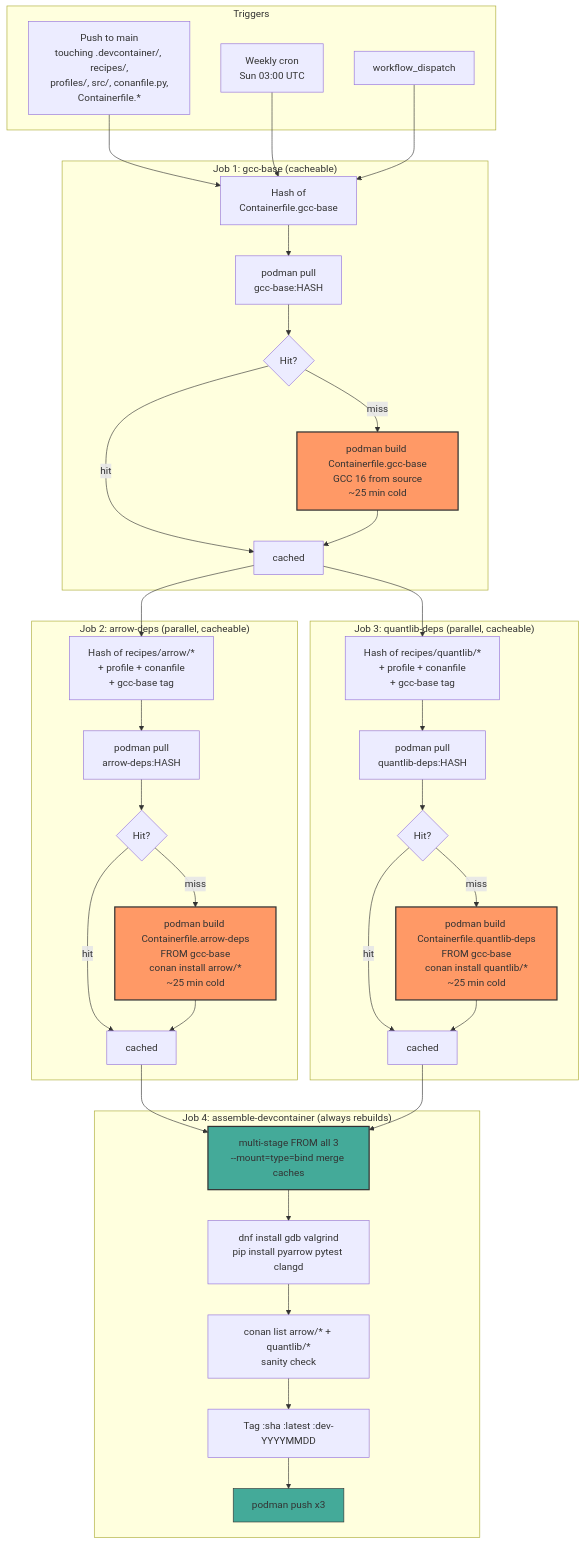
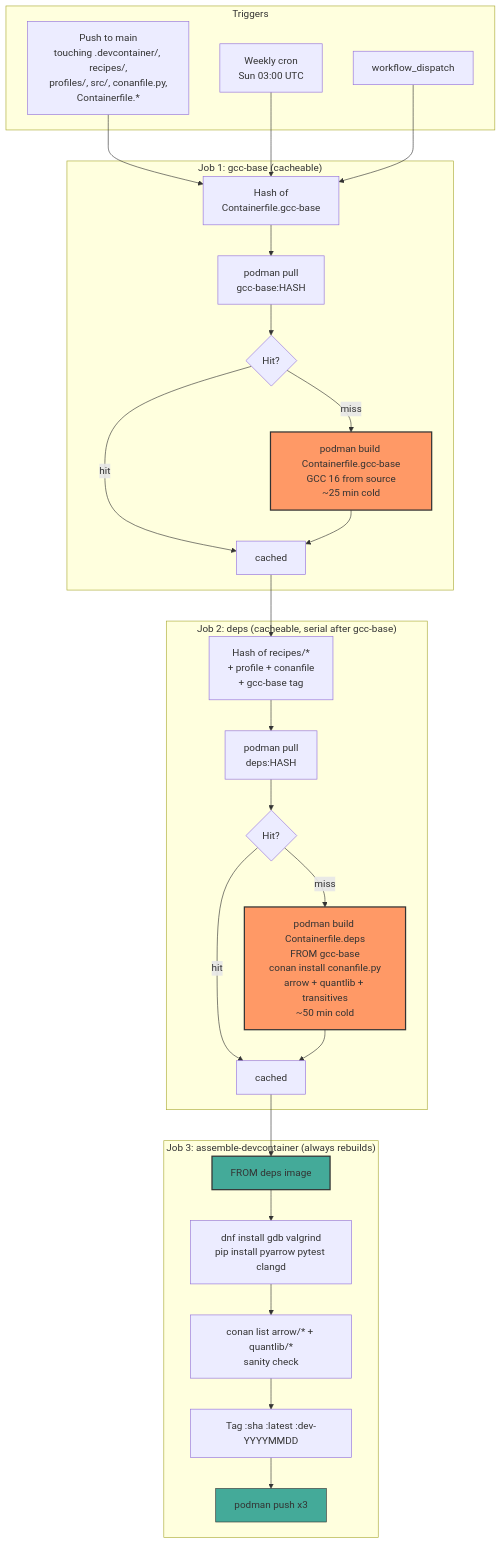
One commit to arekglinka/lambda_cpp26 changed the seventh of 8 diagrams in docs/architecture.md. Above: the diagram before and after it, drawn with Mermaid. The commit also changed other lines of this file and 6 other files, not shown here.

First line of the commit message:
fix(ci): replace parallel arrow+quantlib split with serial deps job

````diff
--- a/docs/architecture.md
+++ b/docs/architecture.md
@@ -269,66 +269,52 @@
 ```mermaid
 graph TB
     subgraph "Triggers"
         PUSH[Push to main<br/>touching .devcontainer/, recipes/,<br/>profiles/, src/, conanfile.py,<br/>Containerfile.*]
         CRON[Weekly cron<br/>Sun 03:00 UTC]
         MANUAL[workflow_dispatch]
     end
     
     subgraph "Job 1: gcc-base (cacheable)"
         GH[Hash of<br/>Containerfile.gcc-base]
         GPULL[podman pull<br/>gcc-base:HASH]
         GSKIP{Hit?}
         GBUILD[podman build Containerfile.gcc-base<br/>GCC 16 from source<br/>~25 min cold]
         
         GH --> GPULL --> GSKIP
         GSKIP -->|hit| GDONE[cached]
         GSKIP -->|miss| GBUILD --> GDONE
     end
     
-    subgraph "Job 2: arrow-deps (parallel, cacheable)"
-        AH[Hash of recipes/arrow/*<br/>+ profile + conanfile<br/>+ gcc-base tag]
-        APULL[podman pull<br/>arrow-deps:HASH]
-        ASKIP{Hit?}
-        ABUILD[podman build Containerfile.arrow-deps<br/>FROM gcc-base<br/>conan install arrow/*<br/>~25 min cold]
+    subgraph "Job 2: deps (cacheable, serial after gcc-base)"
+        DH[Hash of recipes/*<br/>+ profile + conanfile<br/>+ gcc-base tag]
+        DPULL[podman pull<br/>deps:HASH]
+        DSKIP{Hit?}
+        DBUILD[podman build Containerfile.deps<br/>FROM gcc-base<br/>conan install conanfile.py<br/>arrow + quantlib + transitives<br/>~50 min cold]
         
-        AH --> APULL --> ASKIP
-        ASKIP -->|hit| ADONE[cached]
-        ASKIP -->|miss| ABUILD --> ADONE
+        DH --> DPULL --> DSKIP
+        DSKIP -->|hit| DDONE[cached]
+        DSKIP -->|miss| DBUILD --> DDONE
     end
     
-    subgraph "Job 3: quantlib-deps (parallel, cacheable)"
-        QH[Hash of recipes/quantlib/*<br/>+ profile + conanfile<br/>+ gcc-base tag]
-        QPULL[podman pull<br/>quantlib-deps:HASH]
-        QSKIP{Hit?}
-        QBUILD[podman build Containerfile.quantlib-deps<br/>FROM gcc-base<br/>conan install quantlib/*<br/>~25 min cold]
-        
-        QH --> QPULL --> QSKIP
-        QSKIP -->|hit| QDONE[cached]
-        QSKIP -->|miss| QBUILD --> QDONE
-    end
-    
-    subgraph "Job 4: assemble-devcontainer (always rebuilds)"
-        ASMULTI[multi-stage FROM all 3<br/>--mount=type=bind merge caches]
+    subgraph "Job 3: assemble-devcontainer (always rebuilds)"
+        AFROM[FROM deps image]
         ATOOLS[dnf install gdb valgrind<br/>pip install pyarrow pytest clangd]
         ACHECK[conan list arrow/* + quantlib/*<br/>sanity check]
         ATAGS[Tag :sha :latest :dev-YYYYMMDD]
         APUSH[podman push x3]
         
-        ASMULTI --> ATOOLS --> ACHECK --> ATAGS --> APUSH
+        AFROM --> ATOOLS --> ACHECK --> ATAGS --> APUSH
     end
     
     PUSH --> GH
     CRON --> GH
     MANUAL --> GH
     
-    GDONE --> AH
-    GDONE --> QH
-    ADONE --> ASMULTI
-    QDONE --> ASMULTI
+    GDONE --> DH
+    DDONE --> AFROM
     
     style GBUILD fill:#f96,stroke:#333,stroke-width:2px
-    style ABUILD fill:#f96,stroke:#333,stroke-width:2px
-    style QBUILD fill:#f96,stroke:#333,stroke-width:2px
-    style ASMULTI fill:#4a9,stroke:#333,stroke-width:2px
+    style DBUILD fill:#f96,stroke:#333,stroke-width:2px
+    style AFROM fill:#4a9,stroke:#333,stroke-width:2px
     style APUSH fill:#4a9,stroke:#333
 ```
````
